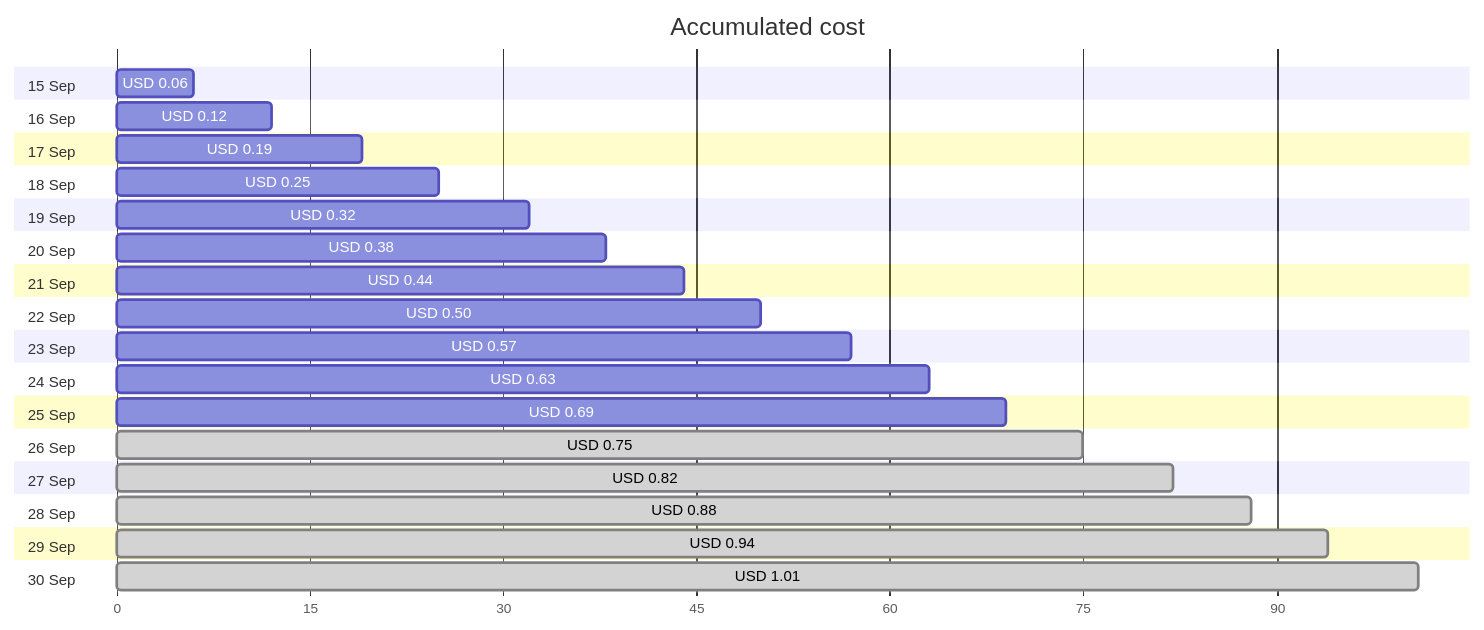
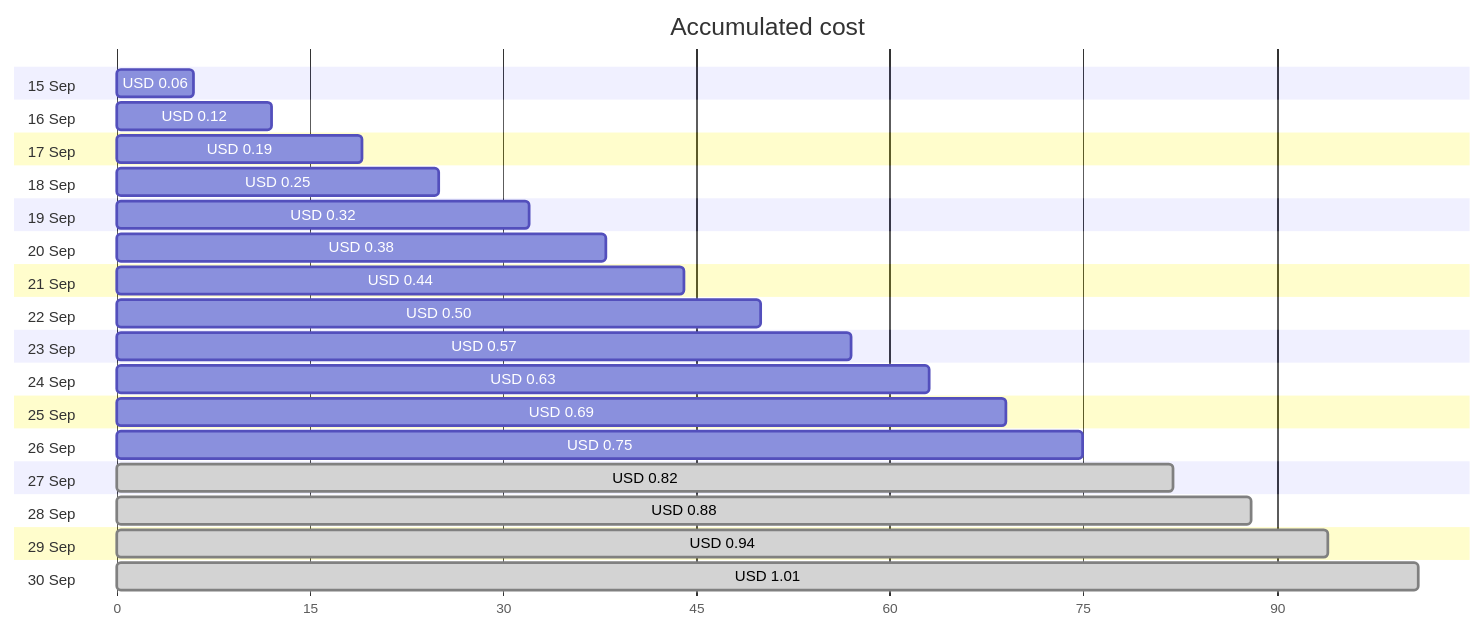
The first of 4 diagrams in cost-reports/personal-network/vpn-server_OsDisk.md (jpfulton/azure-personal-reports), drawn with Mermaid before and after one commit. The commit also changed other lines of this file and 9 other files, not shown here.

````diff
--- a/cost-reports/personal-network/vpn-server_OsDisk.md
+++ b/cost-reports/personal-network/vpn-server_OsDisk.md
@@ -20,38 +20,38 @@
 ```mermaid
 gantt
    title Accumulated cost
    dateFormat  X
    axisFormat %s
    section 15 Sep
    USD 0.06 :0, 6
    section 16 Sep
    USD 0.12 :0, 12
    section 17 Sep
    USD 0.19 :0, 19
    section 18 Sep
    USD 0.25 :0, 25
    section 19 Sep
    USD 0.32 :0, 32
    section 20 Sep
    USD 0.38 :0, 38
    section 21 Sep
    USD 0.44 :0, 44
    section 22 Sep
    USD 0.50 :0, 50
    section 23 Sep
    USD 0.57 :0, 57
    section 24 Sep
    USD 0.63 :0, 63
    section 25 Sep
    USD 0.69 :0, 69
    section 26 Sep
-   USD 0.75 : done, 0, 75
+   USD 0.75 :0, 75
    section 27 Sep
    USD 0.82 : done, 0, 82
    section 28 Sep
    USD 0.88 : done, 0, 88
    section 29 Sep
    USD 0.94 : done, 0, 94
    section 30 Sep
    USD 1.01 : done, 0, 101
 ```
````
